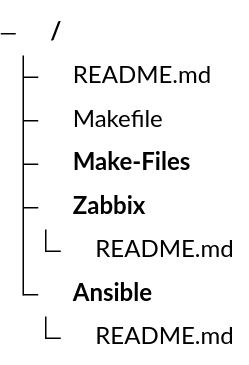
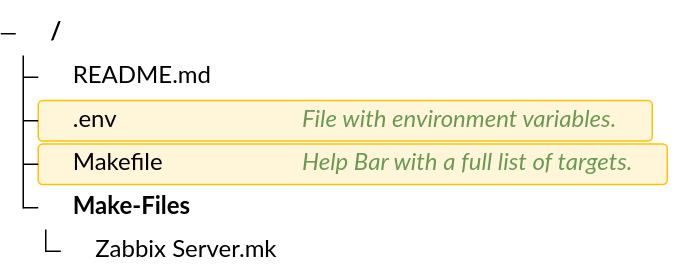
One commit to Zai4ikManiak/Cyber-Security-Study changed the diagram in README.md. Above: the diagram before and after it, drawn with Mermaid.

Commit message:
modified:   README.md

````diff
--- a/README.md
+++ b/README.md
@@ -2,16 +2,14 @@
 ```mermaid
 ---
 config:
     treeView:
         showIcons: true
         defaultIconPack: material-icon-theme
 ---
 treeView-beta
-    README.md icon(logos:docker)
-    Makefile
+    README.md
+    .env        :::highlight ## File with environment variables.
+    Makefile    :::highlight ## Help Bar with a full list of targets.
     Make-Files/
-    Zabbix/
-        README.md
-    Ansible/
-        README.md
+        "Zabbix Server.mk"
 ```
````
